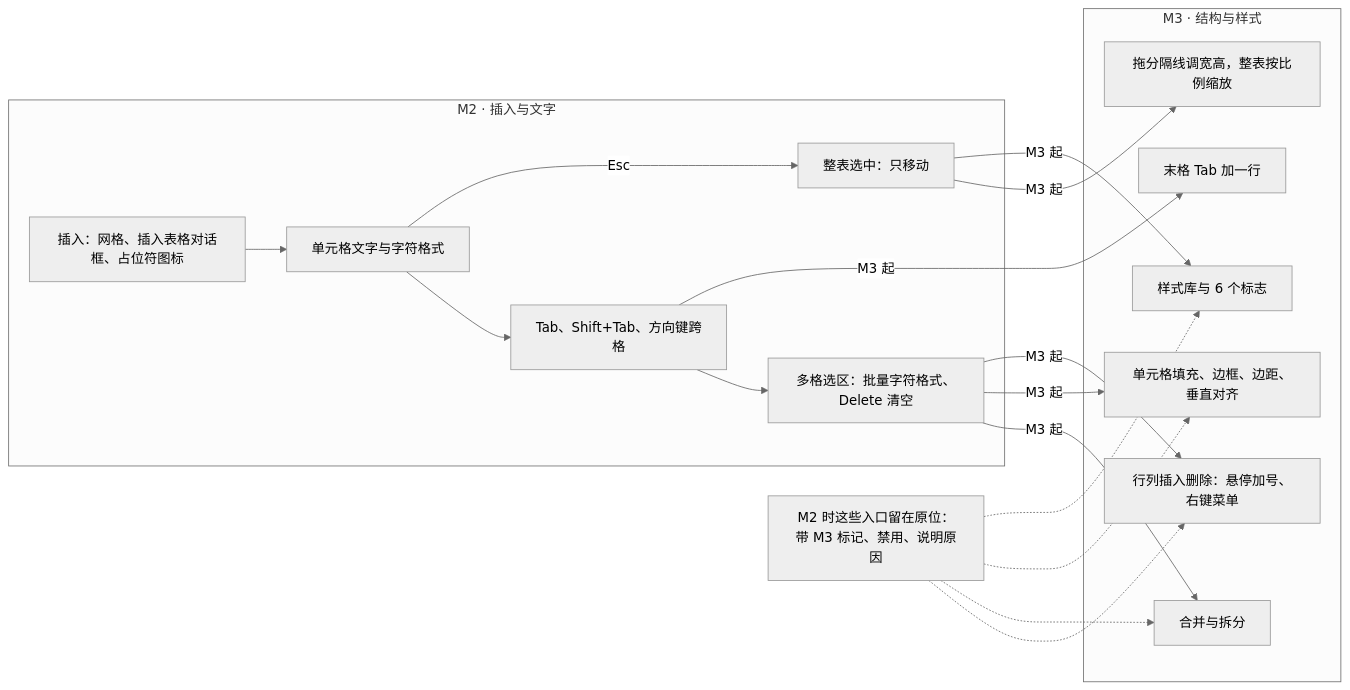
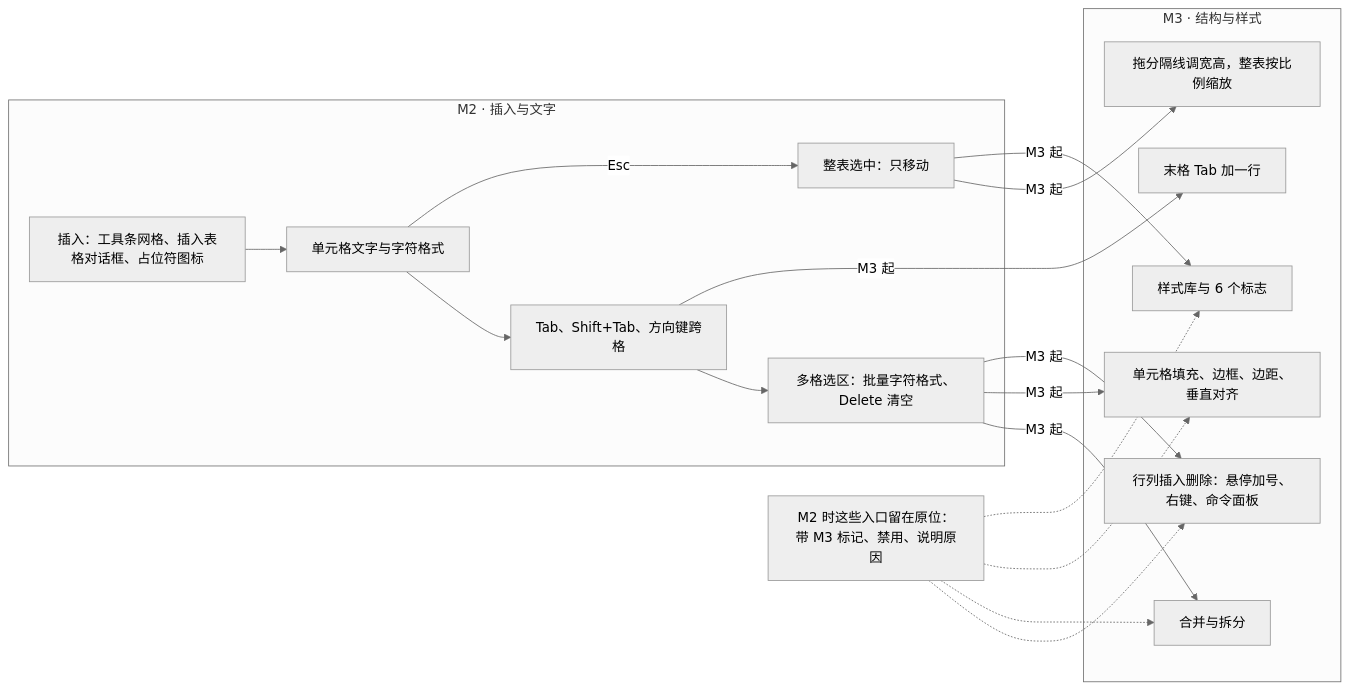
The first of 9 diagrams in docs/20-design/03-screens/30-table-editing.md (Xeonice/cordis-ppt-editor), drawn with Mermaid (neutral theme) before and after one commit. The commit also changed other lines of this file and 44 other files, not shown here.

````diff
--- a/docs/20-design/03-screens/30-table-editing.md
+++ b/docs/20-design/03-screens/30-table-editing.md
@@ -42,33 +45,33 @@
 ```mermaid
 flowchart LR
   subgraph m2["M2 · 插入与文字"]
-    ins["插入：网格、插入表格对话框、占位符图标"]
+    ins["插入：工具条网格、插入表格对话框、占位符图标"]
     txt["单元格文字与字符格式"]
     nav["Tab、Shift+Tab、方向键跨格"]
     rng["多格选区：批量字符格式、Delete 清空"]
     sel["整表选中：只移动"]
   end
   subgraph m3["M3 · 结构与样式"]
     lastTab["末格 Tab 加一行"]
-    rc["行列插入删除：悬停加号、右键菜单"]
+    rc["行列插入删除：悬停加号、右键、命令面板"]
     sz["拖分隔线调宽高，整表按比例缩放"]
     mg["合并与拆分"]
     cell["单元格填充、边框、边距、垂直对齐"]
     sty["样式库与 6 个标志"]
   end
   m2note["M2 时这些入口留在原位：带 M3 标记、禁用、说明原因"]
   ins --> txt
   txt --> nav
   nav --> rng
   txt -->|"Esc"| sel
   nav -->|"M3 起"| lastTab
   rng -->|"M3 起"| mg
   rng -->|"M3 起"| cell
   rng -->|"M3 起"| rc
   sel -->|"M3 起"| sz
   sel -->|"M3 起"| sty
   m2note -.-> rc
   m2note -.-> mg
   m2note -.-> cell
   m2note -.-> sty
 ```
````
